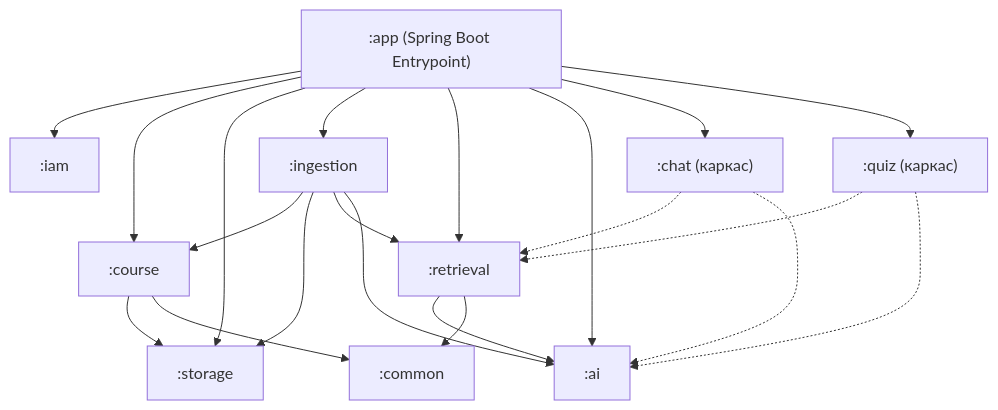
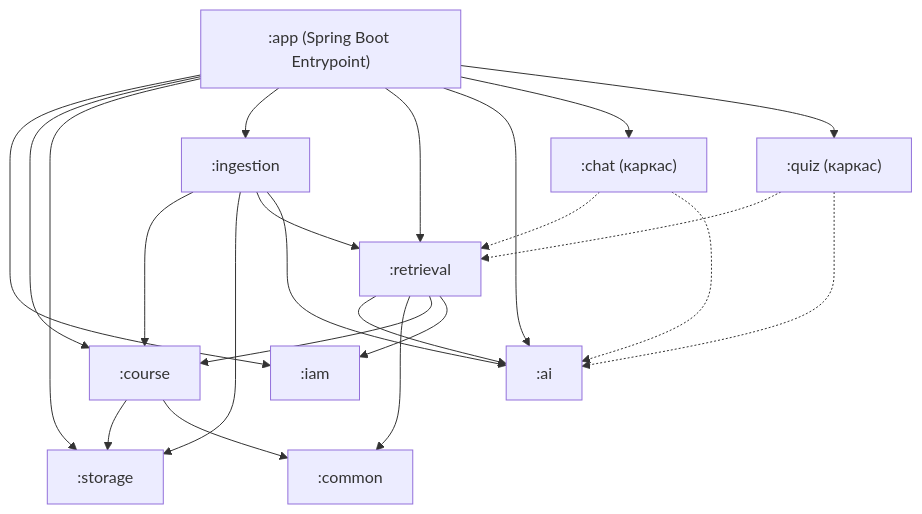
Before and after one commit to devminakdan/StudyMate: the first of 2 diagrams in docs/00-OVERVIEW-AND-AUDIT.md, drawn with Mermaid. The commit also changed other lines of this file and 1 other file, not shown here.

Commit message:
docs: update retrieval implementation status and api

````diff
--- a/docs/00-OVERVIEW-AND-AUDIT.md
+++ b/docs/00-OVERVIEW-AND-AUDIT.md
@@ -19,24 +21,26 @@
 ```mermaid
 graph TD
     App[":app (Spring Boot Entrypoint)"] --> IAM[":iam"]
     App --> Course[":course"]
     App --> Storage[":storage"]
     App --> Ingestion[":ingestion"]
     App --> Retrieval[":retrieval"]
     App --> AI[":ai"]
     App --> Chat[":chat (каркас)"]
     App --> Quiz[":quiz (каркас)"]
 
     Course --> Storage
     Course --> Common[":common"]
     Ingestion --> Course
     Ingestion --> Storage
     Ingestion --> Retrieval
     Ingestion --> AI
     Retrieval --> AI
     Retrieval --> Common
+    Retrieval --> Course
+    Retrieval --> IAM
     Chat -.-> Retrieval
     Chat -.-> AI
     Quiz -.-> Retrieval
     Quiz -.-> AI
 ```
````
